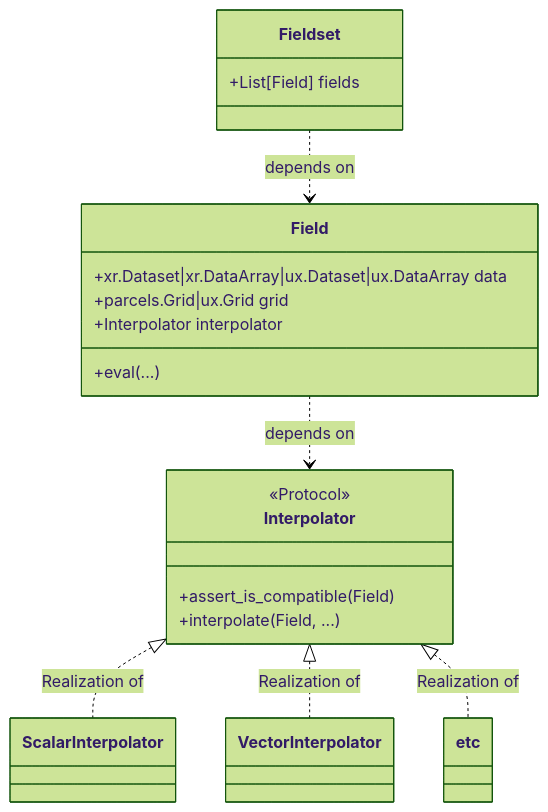
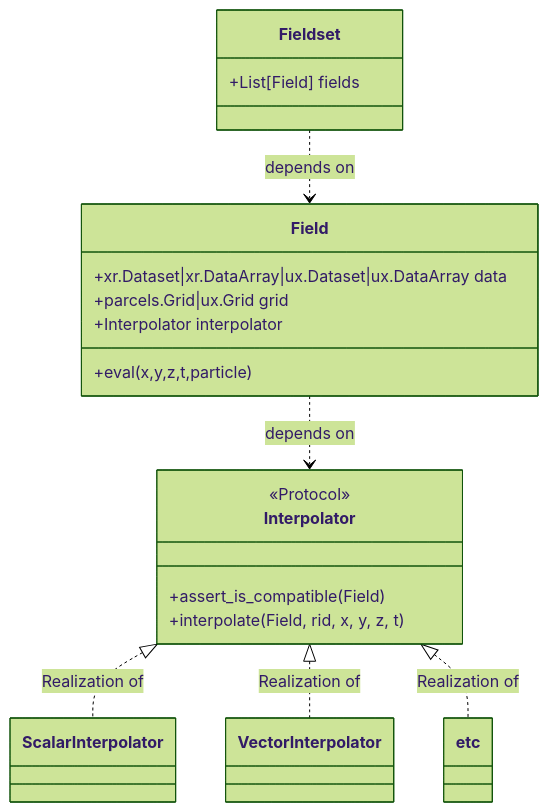
One commit to OceanParcels/Parcels changed the diagram in docs/v4/api.md. Above: the diagram before and after it, drawn with Mermaid (forest theme). The commit also changed other lines of this file, not shown here.

Commit message:
Suggest concretization of eval and interpolate api

````diff
--- a/docs/v4/api.md
+++ b/docs/v4/api.md
@@ -7,27 +7,27 @@
 ```{mermaid}
 
 classDiagram
     class Fieldset{
         +List[Field] fields
     }
     class Field{
         +xr.Dataset|xr.DataArray|ux.Dataset|ux.DataArray data
         +parcels.Grid|ux.Grid grid
         +Interpolator interpolator
-        +eval(...)
+        +eval(x,y,z,t,particle)
     }
 
     class Interpolator{
         +assert_is_compatible(Field)
-        +interpolate(Field, ...)
+        +interpolate(Field, rid, x, y, z, t)
     }
 
 
     <<Protocol>> Interpolator
 
     Fieldset ..> Field : depends on
     Field ..> Interpolator : depends on
     Interpolator <|.. ScalarInterpolator : Realization of
     Interpolator <|.. VectorInterpolator : Realization of
     Interpolator <|.. etc : Realization of
 ```
````
